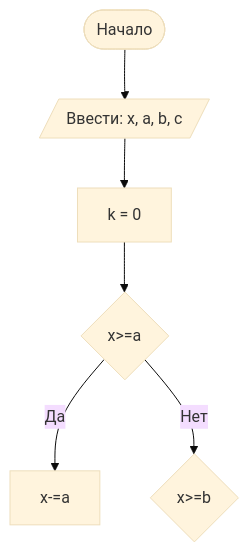
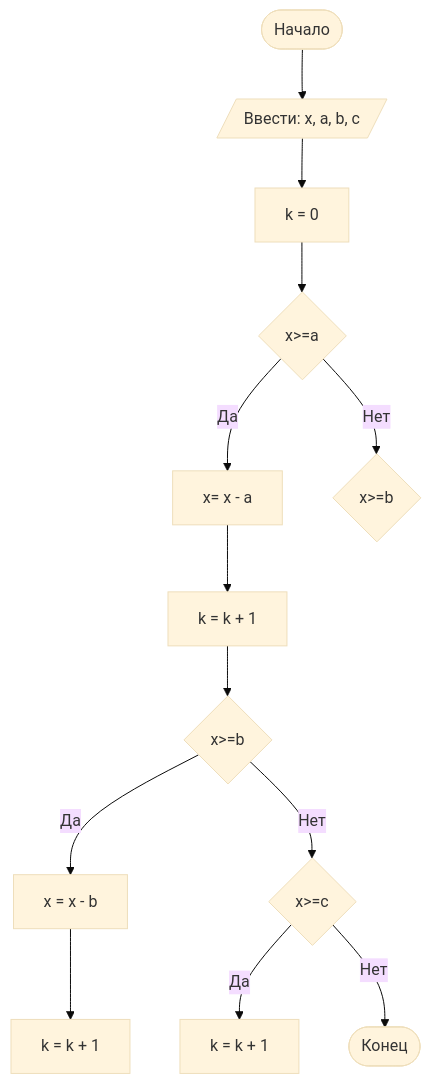
Before and after one commit to DariaVazh/Lab1: the diagram in README.md, drawn with Mermaid (base theme).

````diff
--- a/README.md
+++ b/README.md
@@ -42,9 +42,15 @@
 ```mermaid
 graph TD
 A([Начало]) --> B[/Ввести: x, a, b, c/]
 B --> C[k = 0]
 C --> D{x>=a}
-D -- Да --> E[x-=a]
-D -- Нет --> F{x>=b}
-    
+D -- Да --> E[x= x - a]
+D -- Нет --> Z{x>=b}
+E --> F[k = k + 1]
+F --> G{x>=b}
+G -- Да --> H[x = x - b]
+H --> I[k = k + 1]
+G -- Нет --> J{x>=c}
+J -- Да --> K[k = k + 1]
+J -- Нет --> End([Конец])
 ``` 
````
